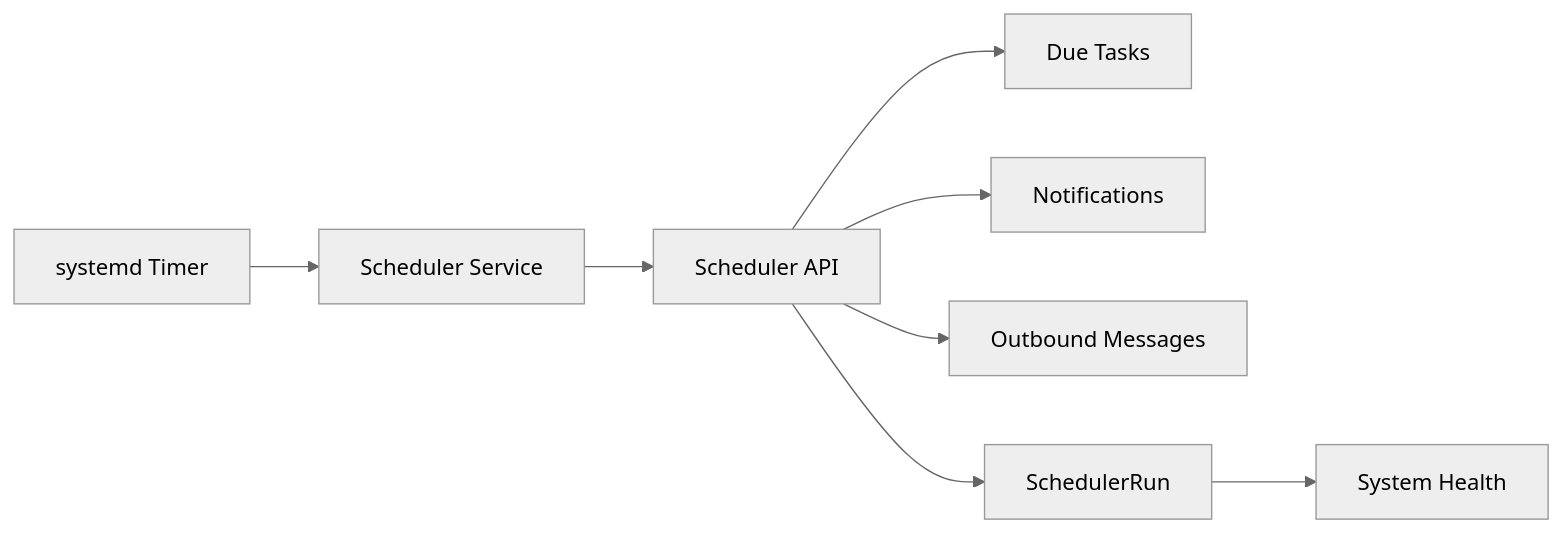
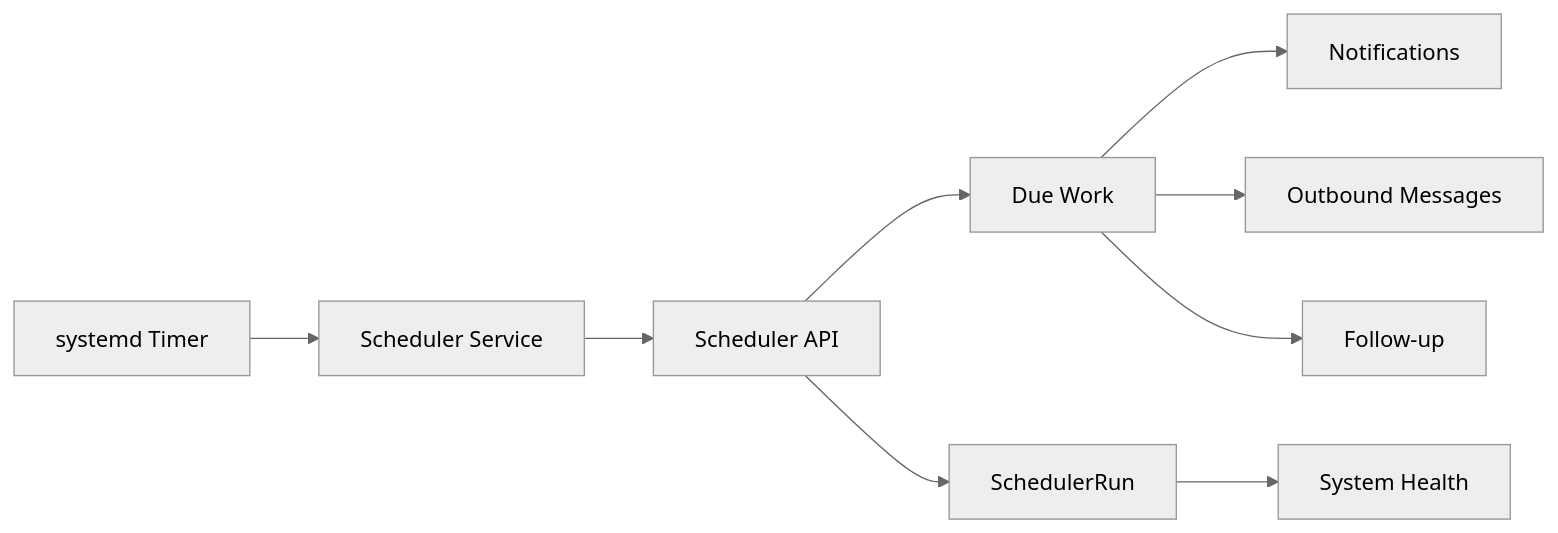
The fifth of 6 diagrams in README.md (mtmclennan/estivor-showcase), drawn with Mermaid (neutral theme) before and after one commit. The commit also changed other lines of this file, not shown here.

````diff
--- a/README.md
+++ b/README.md
@@ -411,12 +637,13 @@
 ```mermaid
 flowchart LR
     A["systemd Timer"] --> B["Scheduler Service"]
     B --> C["Scheduler API"]
 
-    C --> D["Due Tasks"]
-    C --> E["Notifications"]
-    C --> F["Outbound Messages"]
+    C --> D["Due Work"]
+    D --> E["Notifications"]
+    D --> F["Outbound Messages"]
+    D --> G["Follow-up"]
 
-    C --> G["SchedulerRun"]
-    G --> H["System Health"]
+    C --> H["SchedulerRun"]
+    H --> I["System Health"]
 ```
````
